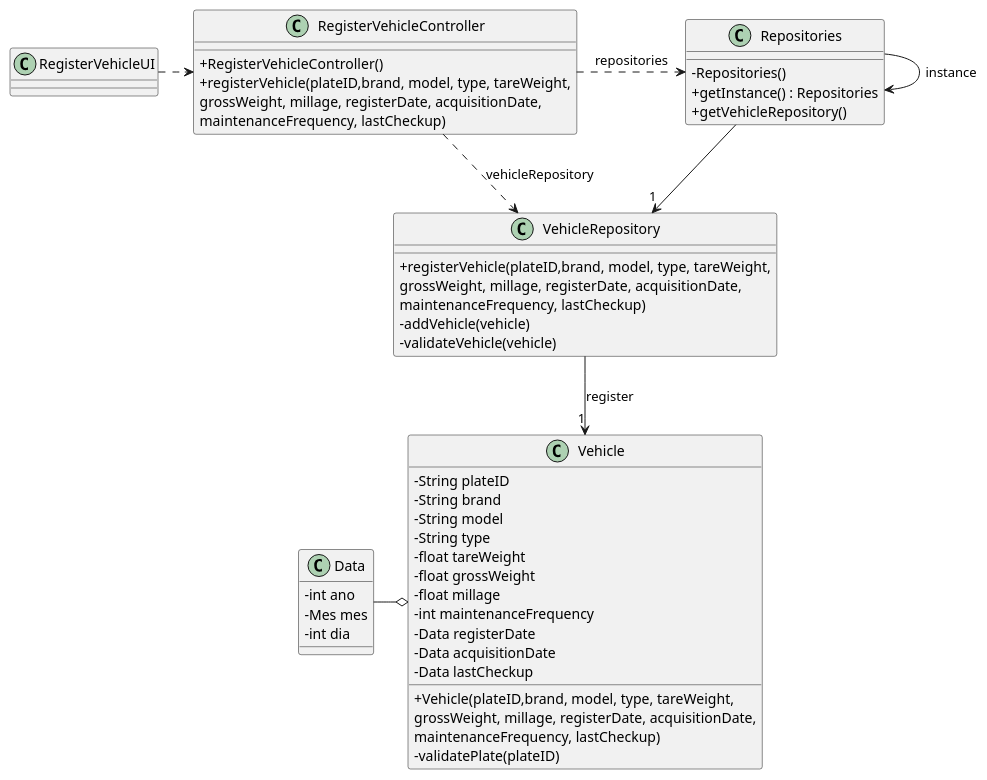
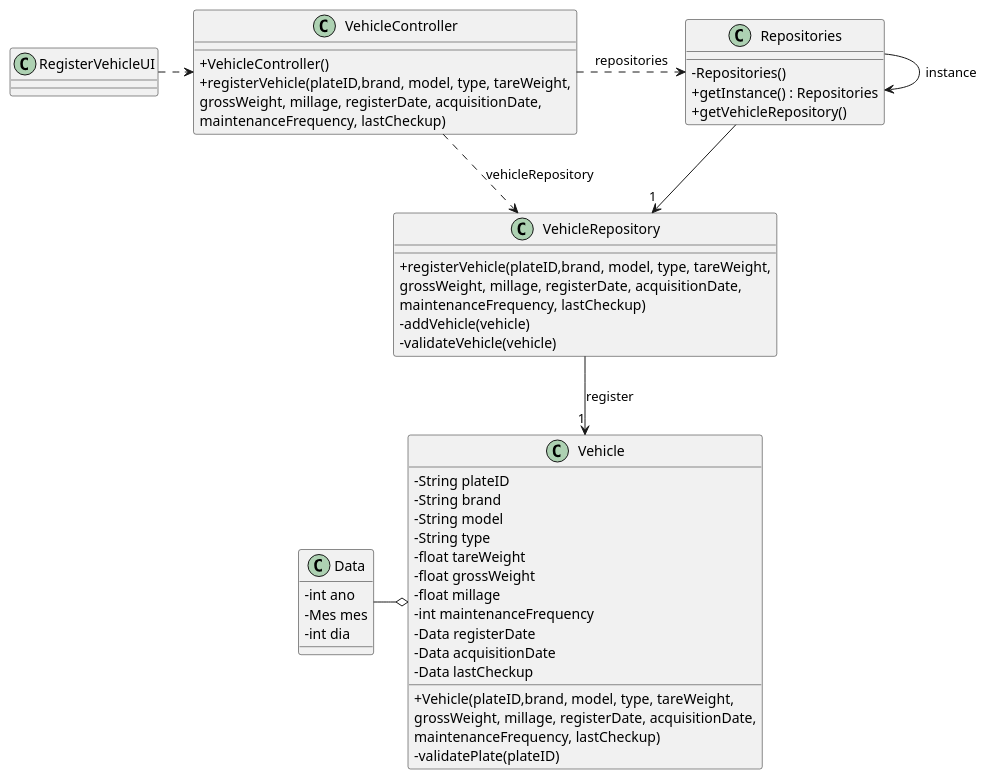
One commit to SAEmanuel/Green_Spaces_Management_ISEP changed the diagram in docs/sprintB/us006/03.design/puml/us006-class-diagram.puml. Above: the diagram before and after it, drawn with PlantUML. The commit also changed 8 other files, not shown here.

```diff
--- a/docs/sprintB/us006/03.design/puml/us006-class-diagram.puml
+++ b/docs/sprintB/us006/03.design/puml/us006-class-diagram.puml
@@ -1,68 +1,68 @@
 @startuml
 'skinparam monochrome true
 skinparam packageStyle rectangle
 skinparam shadowing false
 skinparam linetype polyline
 'skinparam linetype orto
 skinparam classAttributeIconSize 0
 'left to right direction
 
 
 
 class Vehicle {
     - String plateID
     - String brand
     - String model
     - String type
     - float tareWeight
     - float grossWeight
     - float millage
     - int maintenanceFrequency
     - Data registerDate
     - Data acquisitionDate
     - Data lastCheckup
     + Vehicle(plateID,brand, model, type, tareWeight,\ngrossWeight, millage, registerDate, acquisitionDate,\nmaintenanceFrequency, lastCheckup)
     - validatePlate(plateID)
 }
 
 
 class Data {
     - int ano
     - Mes mes
     - int dia
 
 }
 
 
 class VehicleRepository {
     + registerVehicle(plateID,brand, model, type, tareWeight,\ngrossWeight, millage, registerDate, acquisitionDate,\nmaintenanceFrequency, lastCheckup)
     - addVehicle(vehicle)
     - validateVehicle(vehicle)
 }
 
 
 class Repositories {
     - Repositories()
     + getInstance() : Repositories
     + getVehicleRepository()
 }
 
-class RegisterVehicleController {
-    + RegisterVehicleController()
+class VehicleController {
+    + VehicleController()
     + registerVehicle(plateID,brand, model, type, tareWeight,\ngrossWeight, millage, registerDate, acquisitionDate,\nmaintenanceFrequency, lastCheckup)
 }
 
 class RegisterVehicleUI {
 }
 
-RegisterVehicleUI .> RegisterVehicleController
+RegisterVehicleUI .> VehicleController
 
-RegisterVehicleController .> Repositories : repositories
+VehicleController .> Repositories : repositories
 Repositories  --> "1 " VehicleRepository
 Repositories -> Repositories : instance
 
-RegisterVehicleController ..>  VehicleRepository : vehicleRepository
+VehicleController ..>  VehicleRepository : vehicleRepository
 
 VehicleRepository  --> "1" Vehicle : register
 Data -o Vehicle
 @enduml
```
